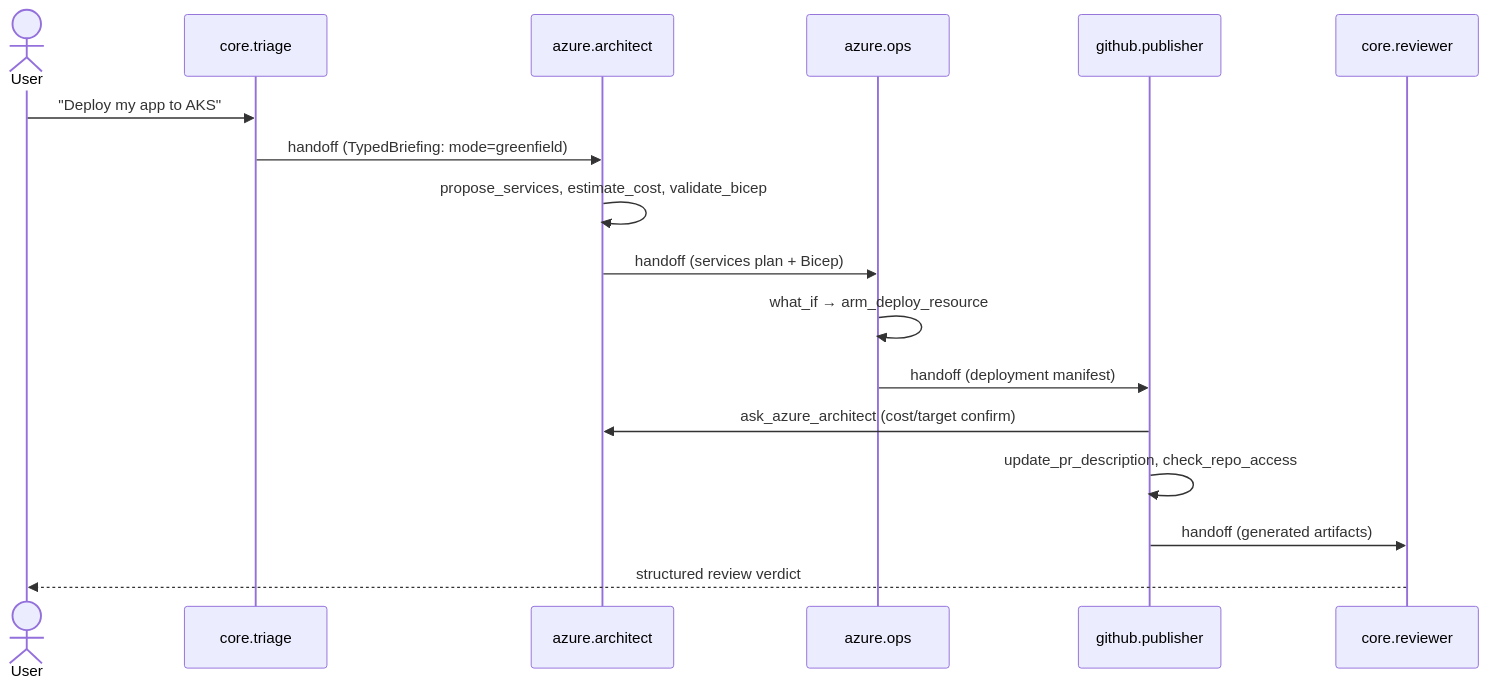
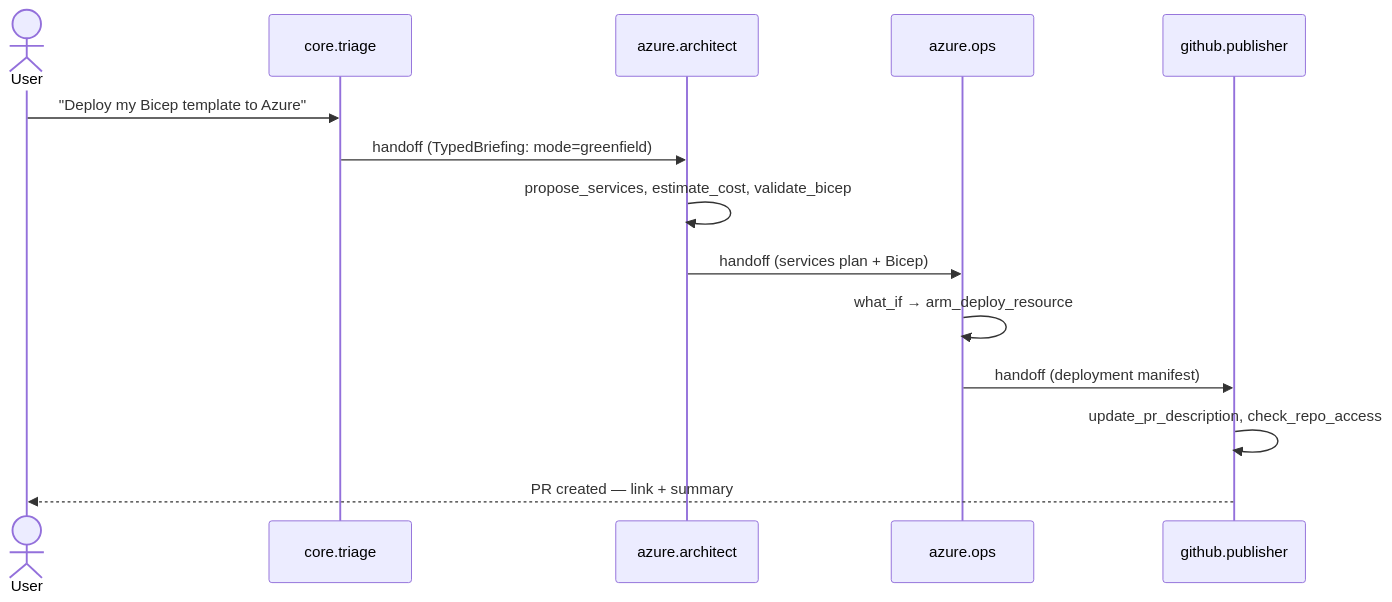
One commit to sabbour/kickstart changed the second of 4 diagrams in docs-site/docs/architecture/agent-coordination.md. Above: the diagram before and after it, drawn with Mermaid. The commit also changed other lines of this file and 6 other files, not shown here.

First line of the commit message:
docs: coherence sweep — mermaid diagrams, remove stale refs (#406) (#421)

````diff
--- a/docs-site/docs/architecture/agent-coordination.md
+++ b/docs-site/docs/architecture/agent-coordination.md
@@ -25,20 +54,17 @@
 ```mermaid
 sequenceDiagram
     actor User
     participant T as core.triage
     participant AA as azure.architect
     participant AO as azure.ops
     participant GP as github.publisher
-    participant R as core.reviewer
 
-    User->>T: "Deploy my app to AKS"
+    User->>T: "Deploy my Bicep template to Azure"
     T->>AA: handoff (TypedBriefing: mode=greenfield)
     AA->>AA: propose_services, estimate_cost, validate_bicep
     AA->>AO: handoff (services plan + Bicep)
     AO->>AO: what_if → arm_deploy_resource
     AO->>GP: handoff (deployment manifest)
-    GP->>AA: ask_azure_architect (cost/target confirm)
     GP->>GP: update_pr_description, check_repo_access
-    GP->>R: handoff (generated artifacts)
-    R-->>User: structured review verdict
+    GP-->>User: PR created — link + summary
 ```
````
